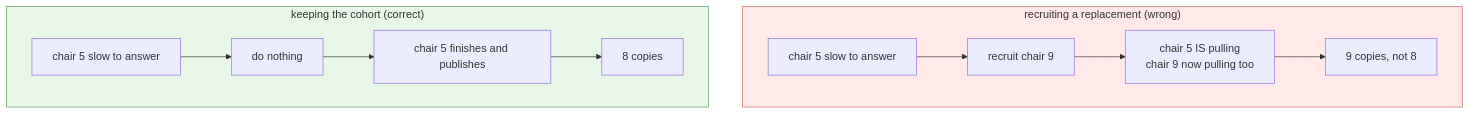
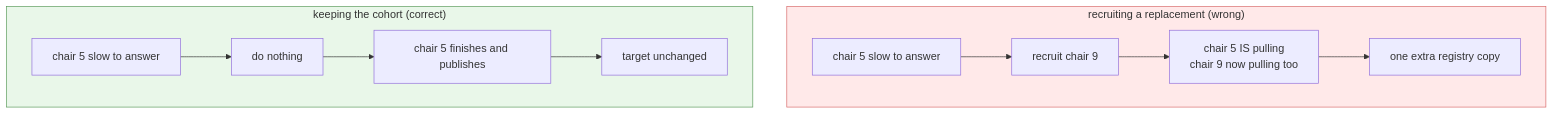
Before and after one commit to Azure/unbounded: the fifth of 9 diagrams in designs/gantry-cold-pull-explained.md, drawn with Mermaid. The commit also changed other lines of this file and 19 other files, not shown here.

````diff
--- a/designs/gantry-cold-pull-explained.md
+++ b/designs/gantry-cold-pull-explained.md
@@ -180,19 +187,19 @@
 ```mermaid
 flowchart TB
     subgraph bad["recruiting a replacement (wrong)"]
         direction LR
         B1["chair 5 slow to answer"] --> B2["recruit chair 9"]
         B2 --> B3["chair 5 IS pulling<br/>chair 9 now pulling too"]
-        B3 --> B4["9 copies, not 8"]
+        B3 --> B4["one extra registry copy"]
     end
 
     subgraph good["keeping the cohort (correct)"]
         direction LR
         G1["chair 5 slow to answer"] --> G2["do nothing"]
         G2 --> G3["chair 5 finishes and publishes"]
-        G3 --> G4["8 copies"]
+        G3 --> G4["target unchanged"]
     end
 
     style bad fill:#ffe9e9,stroke:#d86b6b
     style good fill:#e9f7e9,stroke:#5c9c5c
 ```
````
